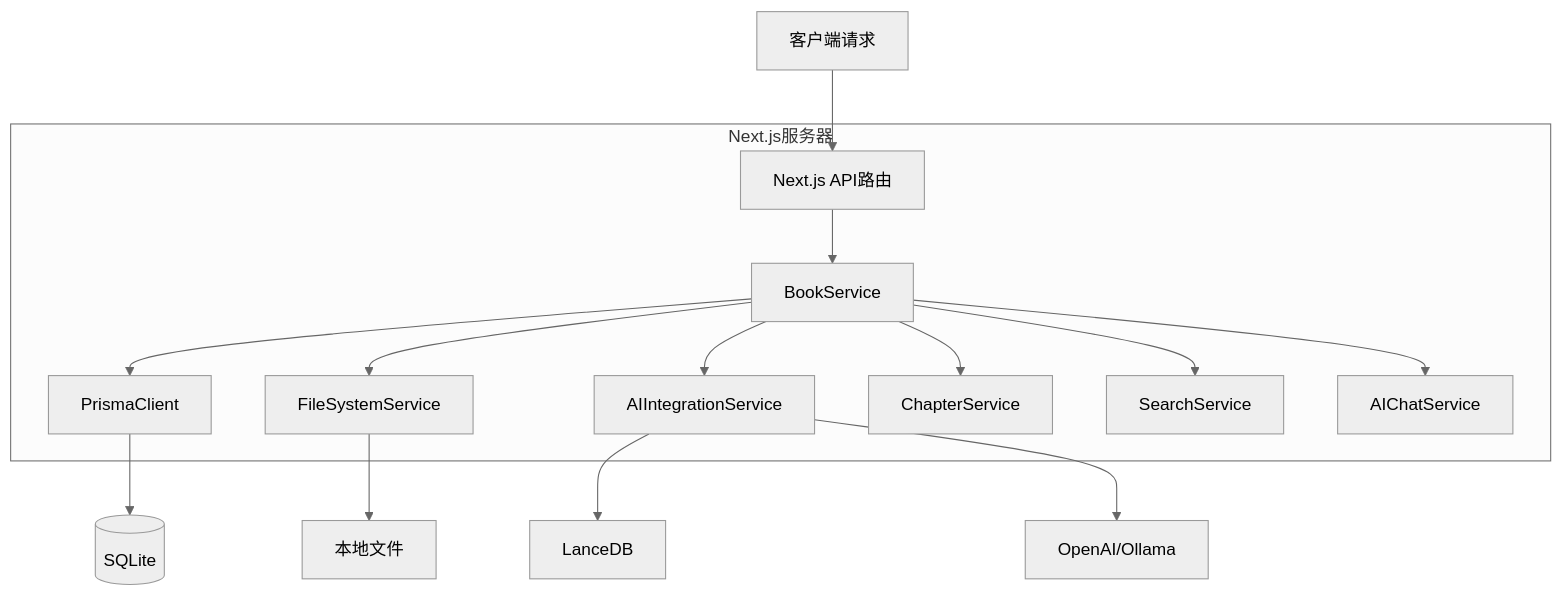
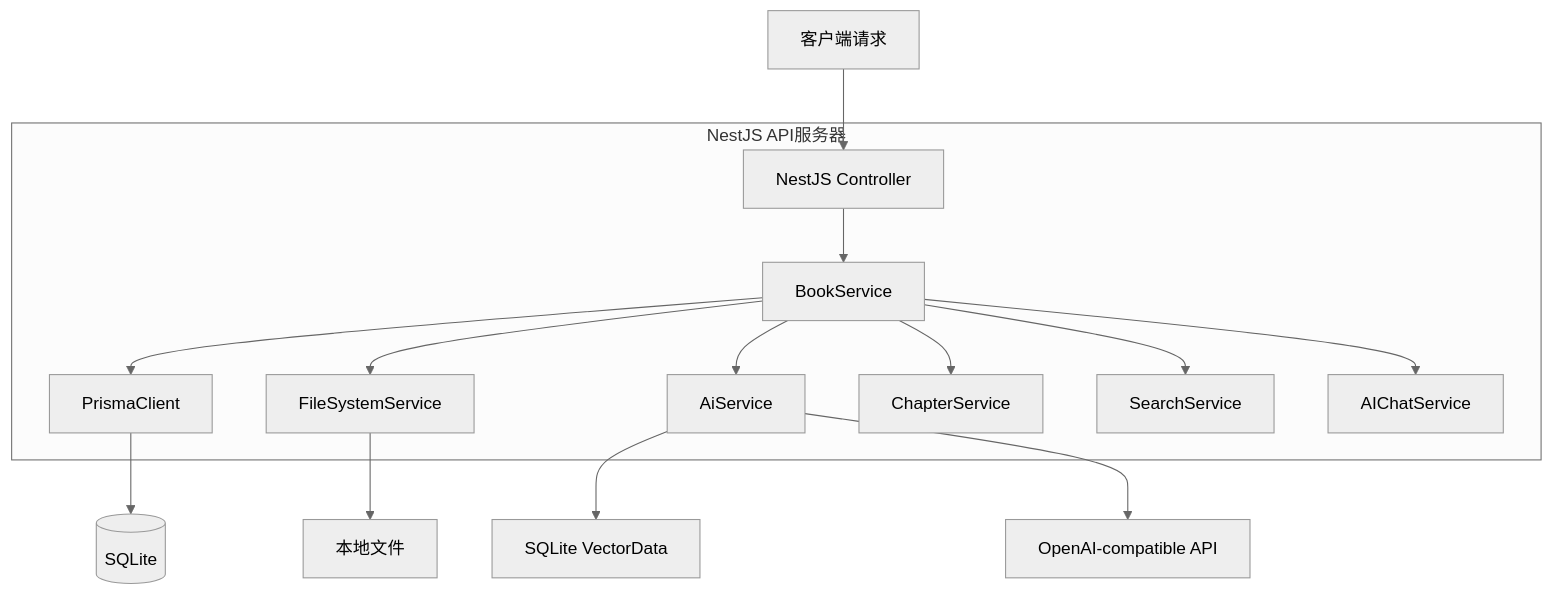
One commit to xiaobuliukun/ai-rag changed the second of 3 diagrams in docs/technical_architecture_document.md. Above: the diagram before and after it, drawn with Mermaid (neutral theme). The commit also changed other lines of this file and 18 other files, not shown here.

````diff
--- a/docs/technical_architecture_document.md
+++ b/docs/technical_architecture_document.md
@@ -204,24 +205,24 @@
 ```mermaid
 graph TD
-    A[客户端请求] --> B[Next.js API路由]
+    A[客户端请求] --> B[NestJS Controller]
     B --> C[服务层]
     C --> D[数据访问层]
     C --> E[文件系统层]
     C --> F[AI服务层]
     
-    subgraph "Next.js服务器"
+    subgraph "NestJS API服务器"
         B
         C[BookService]
         C --> G[ChapterService]
         C --> H[SearchService]
         C --> I[AIChatService]
         D[PrismaClient]
         E[FileSystemService]
-        F[AIIntegrationService]
+        F[AiService]
     end
     
     D --> J[(SQLite)]
     E --> K[本地文件]
-    F --> L[LanceDB]
-    F --> M[OpenAI/Ollama]
+    F --> L[SQLite VectorData]
+    F --> M[OpenAI-compatible API]
 ```
````
